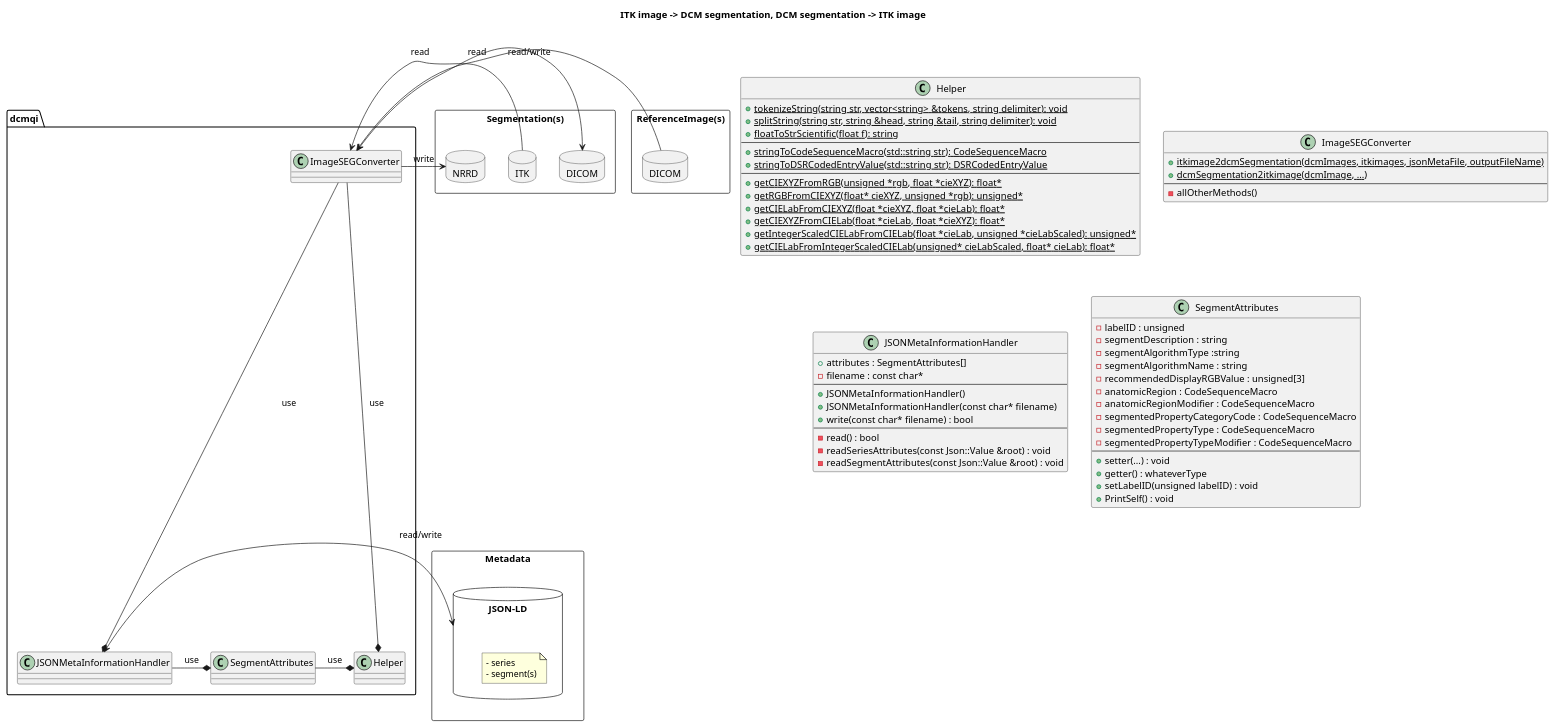
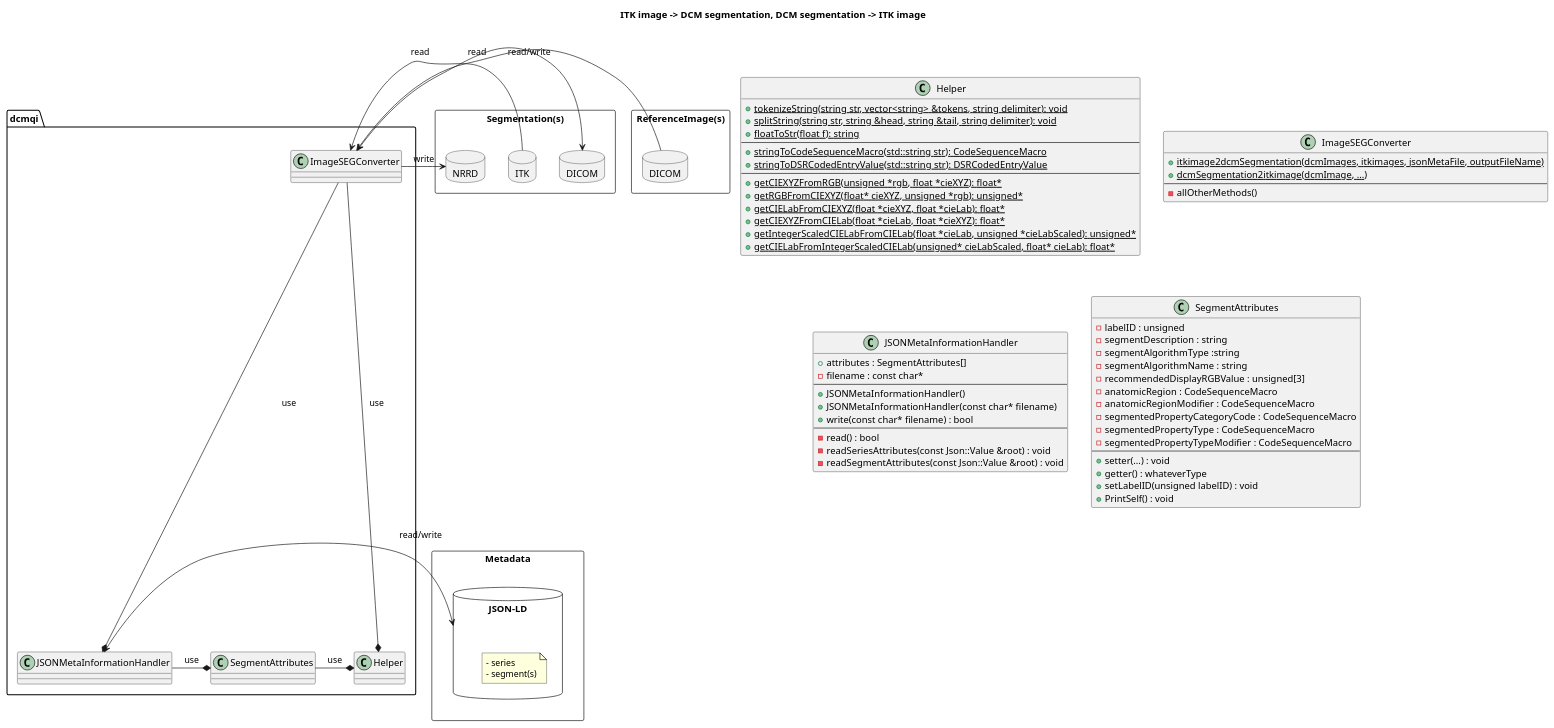
Before and after one commit to QIICR/dcmqi: the diagram in Design/DICOMSegmentationConverter.puml, drawn with PlantUML. The commit also changed 4 other files, not shown here.

```diff
--- a/Design/DICOMSegmentationConverter.puml
+++ b/Design/DICOMSegmentationConverter.puml
@@ -1,99 +1,99 @@
 @startuml
 
 title ITK image -> DCM segmentation, DCM segmentation -> ITK image
 
 package Metadata <<Rectangle>> {
     package JSON-LD as JSON <<Database>> {
         note as metaNote
           - series
           - segment(s)
         end note
     }
 }
 
 package Segmentation(s) <<Rectangle>>{
     package NRRD <<Database>> {
     }
     package ITK <<Database>> {
     }
     package DICOM <<Database>>{
     }
 }
 
 package ReferenceImage(s) as ReferenceImage <<Rectangle>> {
     package DICOM as DICOM1 <<Database>>{
     }
 }
 
 package dcmqi {
 
     ImageSEGConverter ---* JSONMetaInformationHandler: use
     ImageSEGConverter ---* Helper : use
 
     JSONMetaInformationHandler -* SegmentAttributes : use
 
     JSONMetaInformationHandler <-> JSON : read/write
     ImageSEGConverter <-> DICOM: read/write
     ImageSEGConverter <- DICOM1: read
 
     ImageSEGConverter <- ITK: read
     ImageSEGConverter -> NRRD: write
 
     SegmentAttributes -*  Helper : use
 }
 
 class Helper {
     + {static} tokenizeString(string str, vector<string> &tokens, string delimiter): void
     + {static} splitString(string str, string &head, string &tail, string delimiter): void
-    + {static} floatToStrScientific(float f): string
+    + {static} floatToStr(float f): string
 ---
     + {static} stringToCodeSequenceMacro(std::string str): CodeSequenceMacro
     + {static} stringToDSRCodedEntryValue(std::string str): DSRCodedEntryValue
 ---
     + {static} getCIEXYZFromRGB(unsigned *rgb, float *cieXYZ): float*
     + {static} getRGBFromCIEXYZ(float* cieXYZ, unsigned *rgb): unsigned*
     + {static} getCIELabFromCIEXYZ(float *cieXYZ, float *cieLab): float*
     + {static} getCIEXYZFromCIELab(float *cieLab, float *cieXYZ): float*
     + {static} getIntegerScaledCIELabFromCIELab(float *cieLab, unsigned *cieLabScaled): unsigned*
     + {static} getCIELabFromIntegerScaledCIELab(unsigned* cieLabScaled, float* cieLab): float*
 }
 
 class ImageSEGConverter {
     + {static} itkimage2dcmSegmentation(dcmImages, itkimages, jsonMetaFile, outputFileName)
     + {static} dcmSegmentation2itkimage(dcmImage, ...)
 ---
     - allOtherMethods()
 }
 
 class JSONMetaInformationHandler {
     + attributes : SegmentAttributes[]
     - filename : const char*
 ---
     + JSONMetaInformationHandler()
     + JSONMetaInformationHandler(const char* filename)
     + write(const char* filename) : bool
 ---
     - read() : bool
     - readSeriesAttributes(const Json::Value &root) : void
     - readSegmentAttributes(const Json::Value &root) : void
 }
 
 class SegmentAttributes {
     - labelID : unsigned
     - segmentDescription : string
     - segmentAlgorithmType :string
     - segmentAlgorithmName : string
     - recommendedDisplayRGBValue : unsigned[3]
     - anatomicRegion : CodeSequenceMacro
     - anatomicRegionModifier : CodeSequenceMacro
     - segmentedPropertyCategoryCode : CodeSequenceMacro
     - segmentedPropertyType : CodeSequenceMacro
     - segmentedPropertyTypeModifier : CodeSequenceMacro
 ---
     + setter(...) : void
     + getter() : whateverType
     + setLabelID(unsigned labelID) : void
     + PrintSelf() : void
 }
 
 @enduml
```
